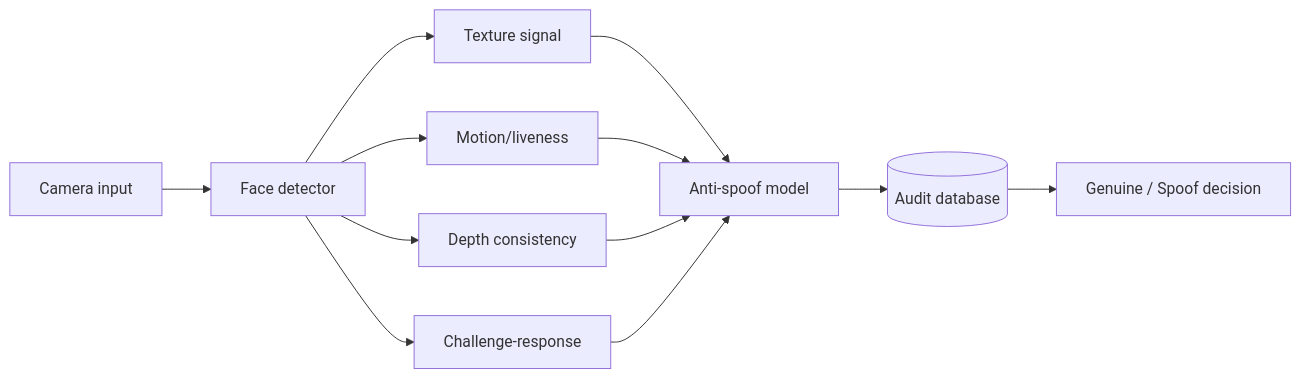
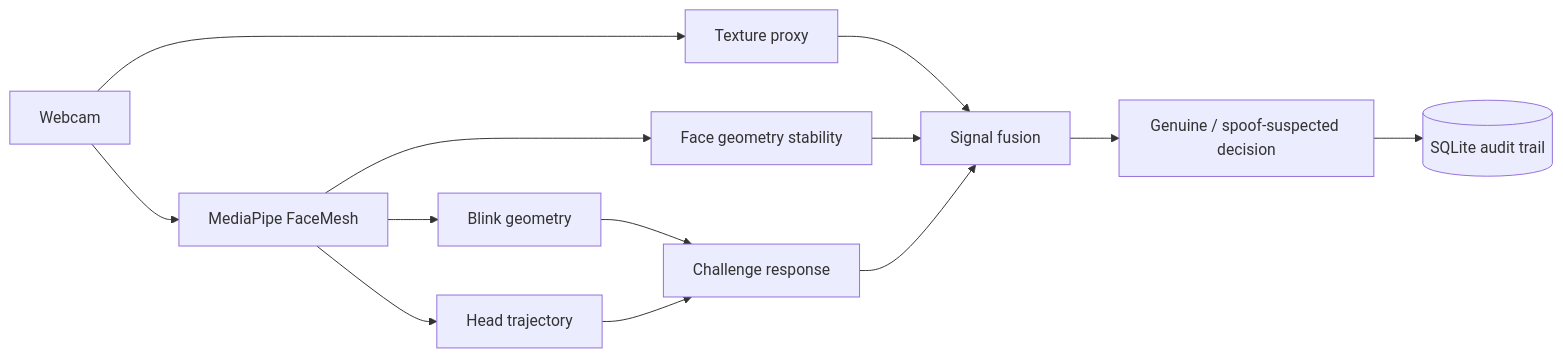
Before and after one commit to rsswethaa/anti-spoofing-system: the diagram in README.md, drawn with Mermaid. The commit also changed other lines of this file and 10 other files, not shown here.

Commit message:
Upgrade anti-spoofing project to live liveness product

````diff
--- a/README.md
+++ b/README.md
@@ -17,14 +25,15 @@
 ```mermaid
 flowchart LR
-  C[Camera input] --> F[Face detector]
-  F --> T[Texture signal]
-  F --> M[Motion/liveness]
-  F --> D[Depth consistency]
-  F --> R[Challenge-response]
-  T --> S[Anti-spoof model]
-  M --> S
-  D --> S
-  R --> S
-  S --> DB[(Audit database)]
-  DB --> O[Genuine / Spoof decision]
+  C[Webcam] --> F[MediaPipe FaceMesh]
+  C --> T[Texture proxy]
+  F --> E[Blink geometry]
+  F --> H[Head trajectory]
+  F --> G[Face geometry stability]
+  E --> CH[Challenge response]
+  H --> CH
+  T --> X[Signal fusion]
+  G --> X
+  CH --> X
+  X --> D[Genuine / spoof-suspected decision]
+  D --> DB[(SQLite audit trail)]
 ```
````
